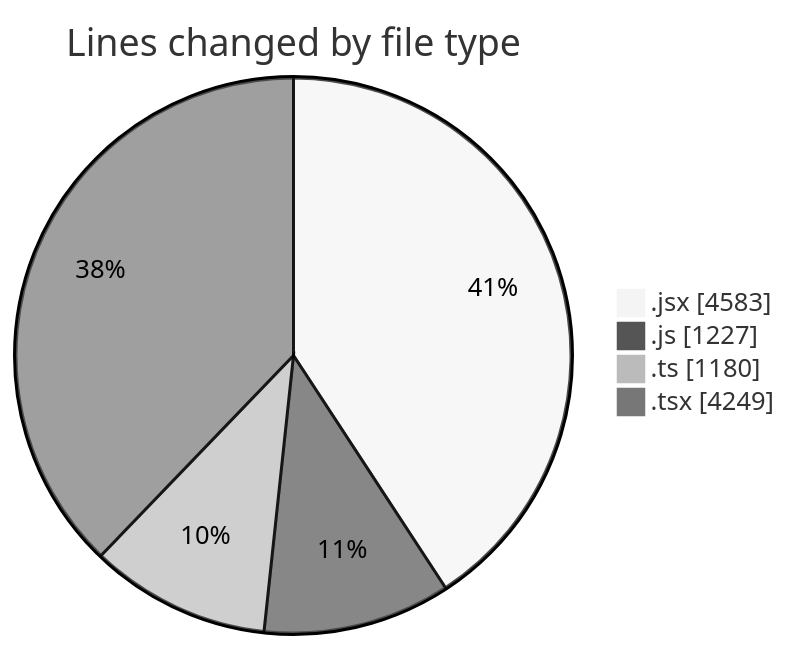
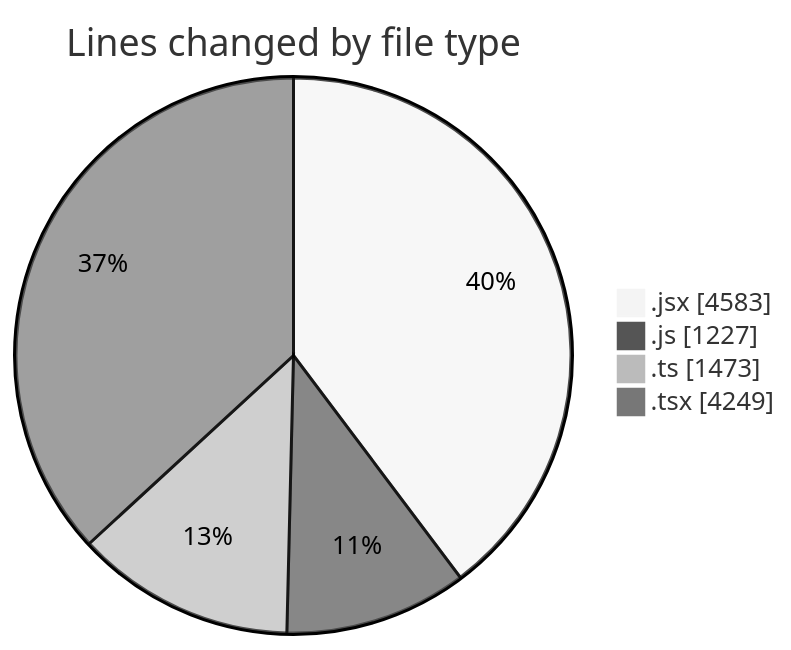
One commit to nxtqubesakshisongat/code-tracking changed the first of 2 diagrams in 2026-01-21/nxtqube_webapp/README.md. Above: the diagram before and after it, drawn with Mermaid (neutral theme). The commit also changed other lines of this file and 1 other file, not shown here.

````diff
--- a/2026-01-21/nxtqube_webapp/README.md
+++ b/2026-01-21/nxtqube_webapp/README.md
@@ -26,8 +26,8 @@
 ```mermaid
 pie showData
 title Lines changed by file type
 ".jsx" : 4583
 ".js" : 1227
-".ts" : 1180
+".ts" : 1473
 ".tsx" : 4249
 ```
````
